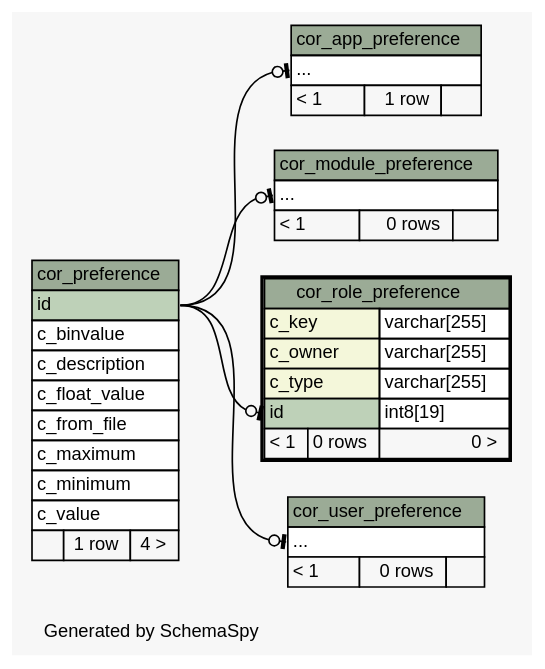
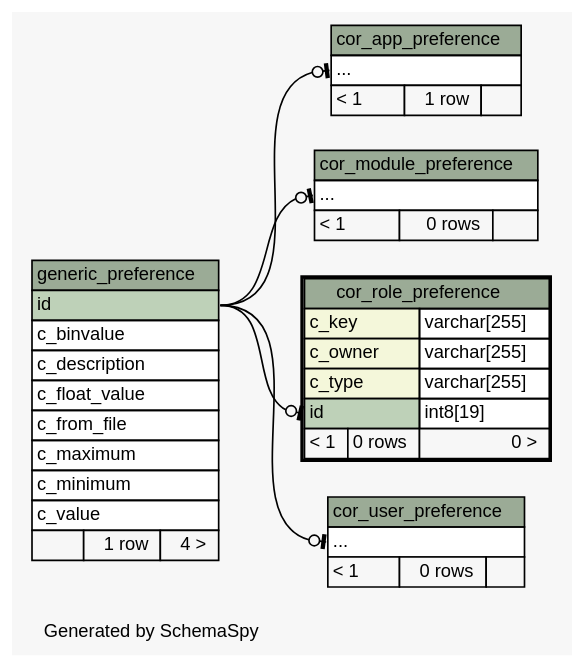
Before and after one commit to openwms/org.openwms.core.preferences.lib: the diagram in schemaspy/diagrams/cor_role_preference.2degrees.dot, drawn with Graphviz. The commit also changed 270 other files, not shown here.

```diff
--- a/schemaspy/diagrams/cor_role_preference.2degrees.dot
+++ b/schemaspy/diagrams/cor_role_preference.2degrees.dot
@@ -1,86 +1,86 @@
-// dot 2.38.0 on Linux 4.15.0-1037-gcp
+// dot 2.36.0 on Linux 4.4.0-101-generic
 // SchemaSpy rev Unknown
 digraph "twoDegreesRelationshipsDiagram" {
   graph [
     rankdir="RL"
     bgcolor="#f7f7f7"
     label="\nGenerated by SchemaSpy"
     labeljust="l"
     nodesep="0.18"
     ranksep="0.46"
     fontname="Helvetica"
     fontsize="11"
   ];
   node [
     fontname="Helvetica"
     fontsize="11"
     shape="plaintext"
   ];
   edge [
     arrowsize="0.8"
   ];
-  "cor_app_preference":"elipses":w -> "cor_preference":"id":e [arrowhead=none dir=back arrowtail=teeodot];
-  "cor_module_preference":"elipses":w -> "cor_preference":"id":e [arrowhead=none dir=back arrowtail=teeodot];
-  "cor_role_preference":"id":w -> "cor_preference":"id":e [arrowhead=none dir=back arrowtail=teeodot];
-  "cor_user_preference":"elipses":w -> "cor_preference":"id":e [arrowhead=none dir=back arrowtail=teeodot];
+  "cor_app_preference":"elipses":w -> "generic_preference":"id":e [arrowhead=none dir=back arrowtail=teeodot];
+  "cor_module_preference":"elipses":w -> "generic_preference":"id":e [arrowhead=none dir=back arrowtail=teeodot];
+  "cor_role_preference":"id":w -> "generic_preference":"id":e [arrowhead=none dir=back arrowtail=teeodot];
+  "cor_user_preference":"elipses":w -> "generic_preference":"id":e [arrowhead=none dir=back arrowtail=teeodot];
   "cor_app_preference" [
     label=<
     <TABLE BORDER="0" CELLBORDER="1" CELLSPACING="0" BGCOLOR="#ffffff">
       <TR><TD COLSPAN="3" BGCOLOR="#9bab96" ALIGN="CENTER">cor_app_preference</TD></TR>
       <TR><TD PORT="elipses" COLSPAN="3" ALIGN="LEFT">...</TD></TR>
       <TR><TD ALIGN="LEFT" BGCOLOR="#f7f7f7">&lt; 1</TD><TD ALIGN="RIGHT" BGCOLOR="#f7f7f7">1 row</TD><TD ALIGN="RIGHT" BGCOLOR="#f7f7f7">  </TD></TR>
     </TABLE>>
     URL="cor_app_preference.html"
     tooltip="cor_app_preference"
   ];
   "cor_module_preference" [
     label=<
     <TABLE BORDER="0" CELLBORDER="1" CELLSPACING="0" BGCOLOR="#ffffff">
       <TR><TD COLSPAN="3" BGCOLOR="#9bab96" ALIGN="CENTER">cor_module_preference</TD></TR>
       <TR><TD PORT="elipses" COLSPAN="3" ALIGN="LEFT">...</TD></TR>
       <TR><TD ALIGN="LEFT" BGCOLOR="#f7f7f7">&lt; 1</TD><TD ALIGN="RIGHT" BGCOLOR="#f7f7f7">0 rows</TD><TD ALIGN="RIGHT" BGCOLOR="#f7f7f7">  </TD></TR>
     </TABLE>>
     URL="cor_module_preference.html"
     tooltip="cor_module_preference"
-  ];
-  "cor_preference" [
-    label=<
-    <TABLE BORDER="0" CELLBORDER="1" CELLSPACING="0" BGCOLOR="#ffffff">
-      <TR><TD COLSPAN="3" BGCOLOR="#9bab96" ALIGN="CENTER">cor_preference</TD></TR>
-      <TR><TD PORT="id" COLSPAN="3" BGCOLOR="#bed1b8" ALIGN="LEFT">id</TD></TR>
-      <TR><TD PORT="c_binvalue" COLSPAN="3" ALIGN="LEFT">c_binvalue</TD></TR>
-      <TR><TD PORT="c_description" COLSPAN="3" ALIGN="LEFT">c_description</TD></TR>
-      <TR><TD PORT="c_float_value" COLSPAN="3" ALIGN="LEFT">c_float_value</TD></TR>
-      <TR><TD PORT="c_from_file" COLSPAN="3" ALIGN="LEFT">c_from_file</TD></TR>
-      <TR><TD PORT="c_maximum" COLSPAN="3" ALIGN="LEFT">c_maximum</TD></TR>
-      <TR><TD PORT="c_minimum" COLSPAN="3" ALIGN="LEFT">c_minimum</TD></TR>
-      <TR><TD PORT="c_value" COLSPAN="3" ALIGN="LEFT">c_value</TD></TR>
-      <TR><TD ALIGN="LEFT" BGCOLOR="#f7f7f7">  </TD><TD ALIGN="RIGHT" BGCOLOR="#f7f7f7">1 row</TD><TD ALIGN="RIGHT" BGCOLOR="#f7f7f7">4 &gt;</TD></TR>
-    </TABLE>>
-    URL="cor_preference.html"
-    tooltip="cor_preference"
   ];
   "cor_role_preference" [
     label=<
     <TABLE BORDER="2" CELLBORDER="1" CELLSPACING="0" BGCOLOR="#ffffff">
       <TR><TD COLSPAN="3" BGCOLOR="#9bab96" ALIGN="CENTER">cor_role_preference</TD></TR>
       <TR><TD PORT="c_key" COLSPAN="2" BGCOLOR="#f4f7da" ALIGN="LEFT">c_key</TD><TD PORT="c_key.type" ALIGN="LEFT">varchar[255]</TD></TR>
       <TR><TD PORT="c_owner" COLSPAN="2" BGCOLOR="#f4f7da" ALIGN="LEFT">c_owner</TD><TD PORT="c_owner.type" ALIGN="LEFT">varchar[255]</TD></TR>
       <TR><TD PORT="c_type" COLSPAN="2" BGCOLOR="#f4f7da" ALIGN="LEFT">c_type</TD><TD PORT="c_type.type" ALIGN="LEFT">varchar[255]</TD></TR>
       <TR><TD PORT="id" COLSPAN="2" BGCOLOR="#bed1b8" ALIGN="LEFT">id</TD><TD PORT="id.type" ALIGN="LEFT">int8[19]</TD></TR>
       <TR><TD ALIGN="LEFT" BGCOLOR="#f7f7f7">&lt; 1</TD><TD ALIGN="RIGHT" BGCOLOR="#f7f7f7">0 rows</TD><TD ALIGN="RIGHT" BGCOLOR="#f7f7f7">0 &gt;</TD></TR>
     </TABLE>>
     URL="cor_role_preference.html"
     tooltip="cor_role_preference"
   ];
   "cor_user_preference" [
     label=<
     <TABLE BORDER="0" CELLBORDER="1" CELLSPACING="0" BGCOLOR="#ffffff">
       <TR><TD COLSPAN="3" BGCOLOR="#9bab96" ALIGN="CENTER">cor_user_preference</TD></TR>
       <TR><TD PORT="elipses" COLSPAN="3" ALIGN="LEFT">...</TD></TR>
       <TR><TD ALIGN="LEFT" BGCOLOR="#f7f7f7">&lt; 1</TD><TD ALIGN="RIGHT" BGCOLOR="#f7f7f7">0 rows</TD><TD ALIGN="RIGHT" BGCOLOR="#f7f7f7">  </TD></TR>
     </TABLE>>
     URL="cor_user_preference.html"
     tooltip="cor_user_preference"
   ];
+  "generic_preference" [
+    label=<
+    <TABLE BORDER="0" CELLBORDER="1" CELLSPACING="0" BGCOLOR="#ffffff">
+      <TR><TD COLSPAN="3" BGCOLOR="#9bab96" ALIGN="CENTER">generic_preference</TD></TR>
+      <TR><TD PORT="id" COLSPAN="3" BGCOLOR="#bed1b8" ALIGN="LEFT">id</TD></TR>
+      <TR><TD PORT="c_binvalue" COLSPAN="3" ALIGN="LEFT">c_binvalue</TD></TR>
+      <TR><TD PORT="c_description" COLSPAN="3" ALIGN="LEFT">c_description</TD></TR>
+      <TR><TD PORT="c_float_value" COLSPAN="3" ALIGN="LEFT">c_float_value</TD></TR>
+      <TR><TD PORT="c_from_file" COLSPAN="3" ALIGN="LEFT">c_from_file</TD></TR>
+      <TR><TD PORT="c_maximum" COLSPAN="3" ALIGN="LEFT">c_maximum</TD></TR>
+      <TR><TD PORT="c_minimum" COLSPAN="3" ALIGN="LEFT">c_minimum</TD></TR>
+      <TR><TD PORT="c_value" COLSPAN="3" ALIGN="LEFT">c_value</TD></TR>
+      <TR><TD ALIGN="LEFT" BGCOLOR="#f7f7f7">  </TD><TD ALIGN="RIGHT" BGCOLOR="#f7f7f7">1 row</TD><TD ALIGN="RIGHT" BGCOLOR="#f7f7f7">4 &gt;</TD></TR>
+    </TABLE>>
+    URL="generic_preference.html"
+    tooltip="generic_preference"
+  ];
 }
```
